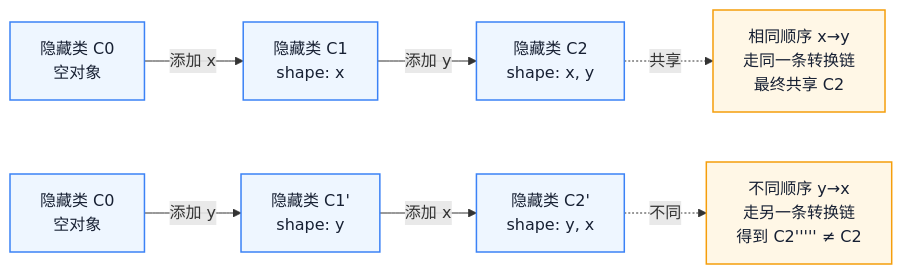
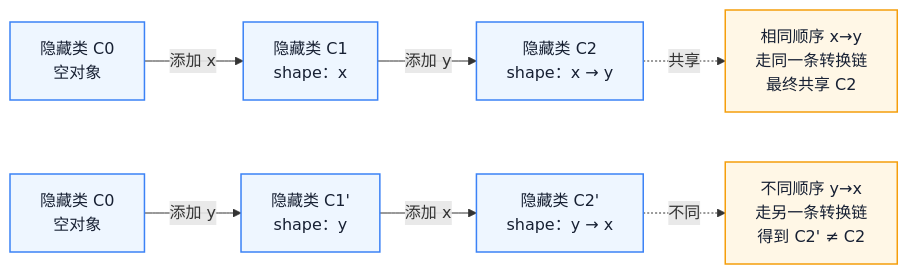
One commit to Fatejian/frontier-vault changed the third of 4 diagrams in docs/javascript/v8-jit-gc.md. Above: the diagram before and after it, drawn with Mermaid. The commit also changed other lines of this file and 41 other files, not shown here.

````diff
--- a/docs/javascript/v8-jit-gc.md
+++ b/docs/javascript/v8-jit-gc.md
@@ -218,20 +189,19 @@
 ```mermaid
-%%{init: {'theme': 'base', 'themeVariables': { 'fontFamily': 'Inter, PingFang SC, Microsoft YaHei, sans-serif', 'primaryColor': '#EEF6FF', 'primaryTextColor': '#172033', 'primaryBorderColor': '#6EA8FE', 'lineColor': '#8A94A6', 'secondaryColor': '#F7F9FC', 'tertiaryColor': '#FFF7E6, 'fontSize': '13px'}}}%%
 flowchart LR
-    C0["隐藏类 C0<br/>空对象"] -- "添加 x" --> C1["隐藏类 C1<br/>shape: x"]
-    C1 -- "添加 y" --> C2["隐藏类 C2<br/>shape: x, y"]
+    C0["隐藏类 C0<br/>空对象"] -- "添加 x" --> C1["隐藏类 C1<br/>shape：x"]
+    C1 -- "添加 y" --> C2["隐藏类 C2<br/>shape：x → y"]
 
-    C0a["隐藏类 C0<br/>空对象"] -- "添加 y" --> C1a["隐藏类 C1'<br/>shape: y"]
-    C1a -- "添加 x" --> C2a["隐藏类 C2'<br/>shape: y, x"]
+    C0a["隐藏类 C0<br/>空对象"] -- "添加 y" --> C1a["隐藏类 C1'<br/>shape：y"]
+    C1a -- "添加 x" --> C2a["隐藏类 C2'<br/>shape：y → x"]
 
     Note1["相同顺序 x→y<br/>走同一条转换链<br/>最终共享 C2"]
-    Note2["不同顺序 y→x<br/>走另一条转换链<br/>得到 C2''''' ≠ C2"]
+    Note2["不同顺序 y→x<br/>走另一条转换链<br/>得到 C2' ≠ C2"]
 
-    C2 -. 共享 .-> Note1
-    C2a -. 不同 .-> Note2
+    C2 -. "共享" .-> Note1
+    C2a -. "不同" .-> Note2
 
-    classDef hc fill:#EEF6FF,stroke:#3B82F6,color:#172033,stroke-width:1.5px;
-    classDef note fill:#FFF7E6,stroke:#F59E0B,color:#172033,stroke-width:1.5px;
-    class C0,C1,C2,C0a,C1a,C2a hc;
-    class Note1,Note2 note;
+    classDef wait fill:#EEF6FF,stroke:#3B82F6,color:#172033,stroke-width:1.5px;
+    classDef block fill:#FFF7E6,stroke:#F59E0B,color:#172033,stroke-width:1.5px;
+    class C0,C1,C2,C0a,C1a,C2a wait;
+    class Note1,Note2 block;
 ```
````
